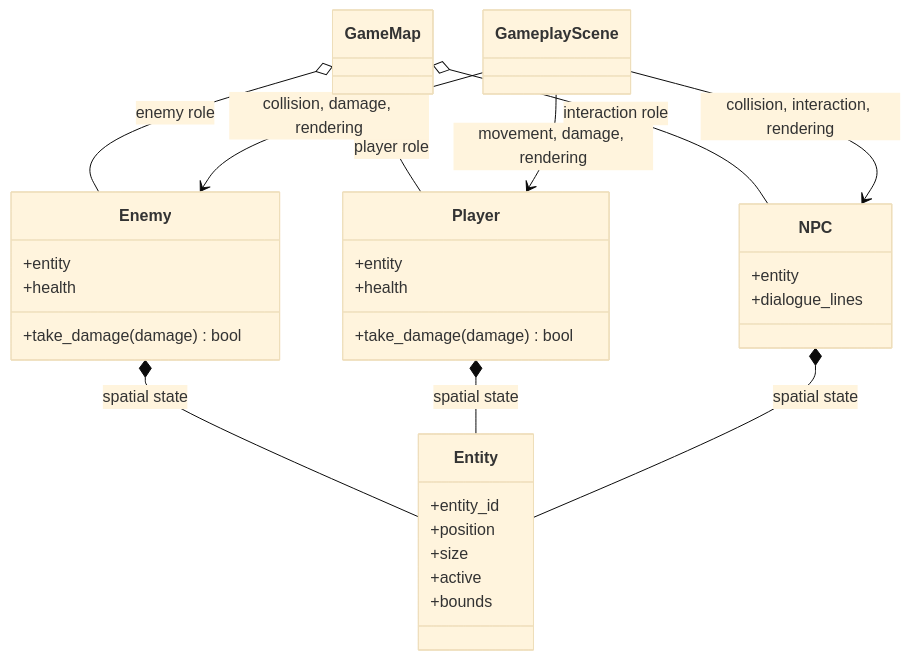
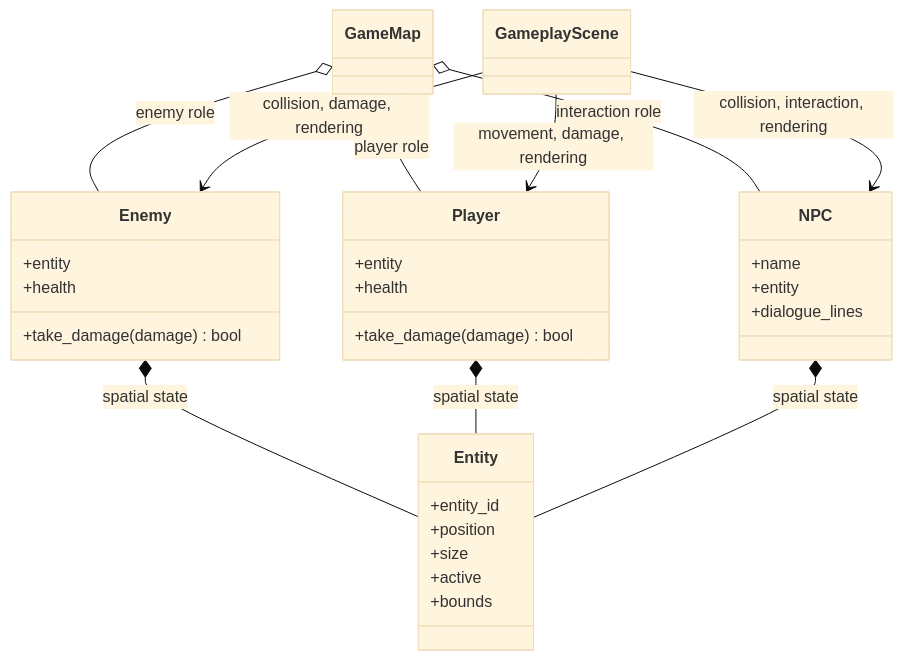
Before and after one commit to VincentMardon/my_first_adventure_game: the diagram in docs/architecture/entities.md, drawn with Mermaid (base theme). The commit also changed other lines of this file and 13 other files, not shown here.

````diff
--- a/docs/architecture/entities.md
+++ b/docs/architecture/entities.md
@@ -55,37 +55,38 @@
 ```mermaid
 classDiagram
     class Entity {
         +entity_id
         +position
         +size
         +active
         +bounds
     }
 
     class Enemy {
         +entity
         +health
         +take_damage(damage) bool
     }
 
     class Player {
         +entity
         +health
         +take_damage(damage) bool
     }
 
     class NPC {
+        +name
         +entity
         +dialogue_lines
     }
 
     Enemy *-- Entity : spatial state
     Player *-- Entity : spatial state
     NPC *-- Entity : spatial state
     GameMap o-- Enemy : enemy role
     GameMap o-- NPC : interaction role
     GameMap o-- Player : player role
     GameplayScene --> Enemy : collision, damage, rendering
     GameplayScene --> NPC : collision, interaction, rendering
     GameplayScene --> Player : movement, damage, rendering
 ```
````
